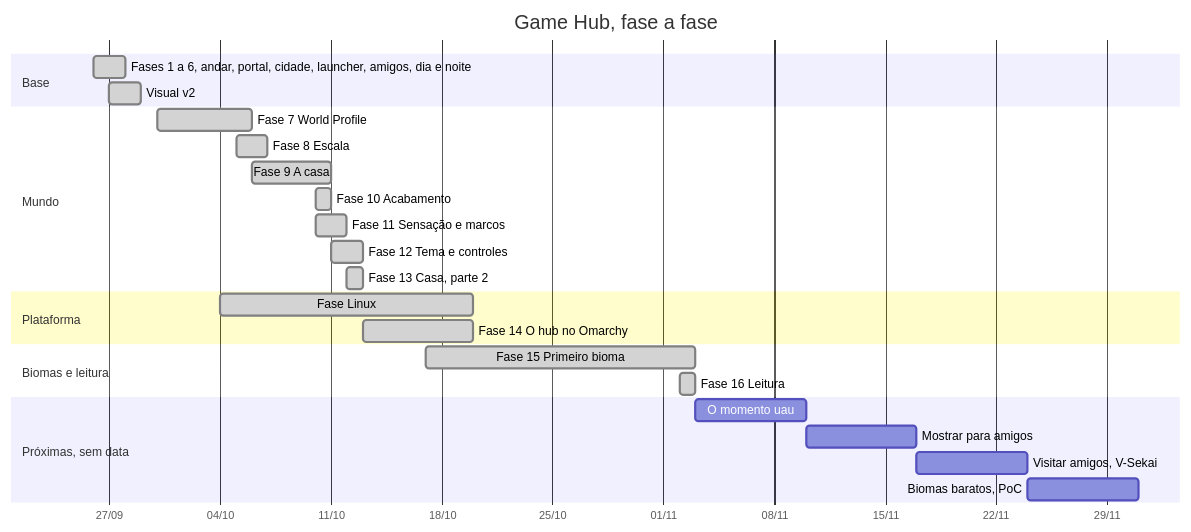
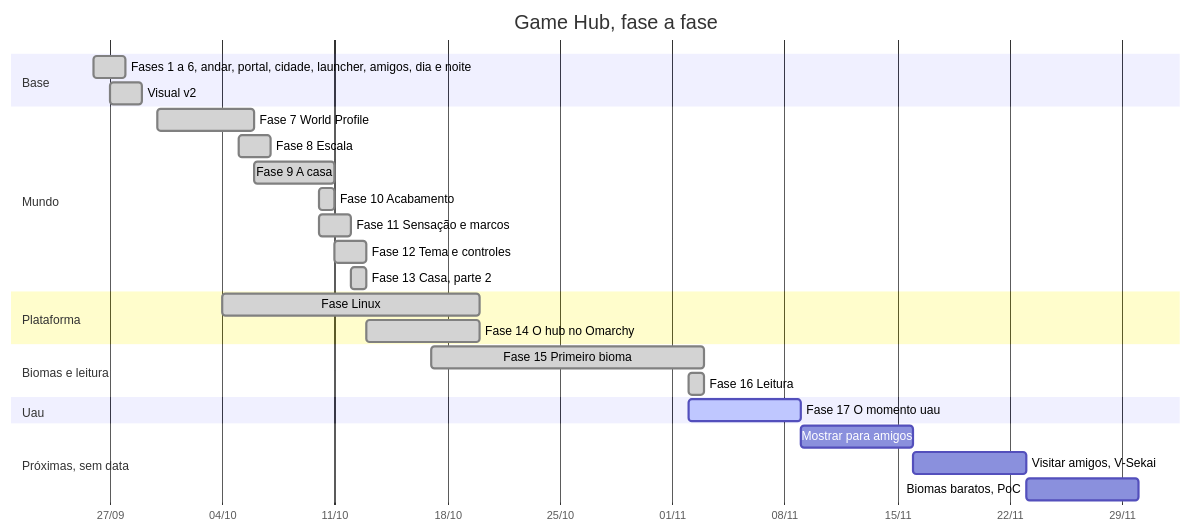
Before and after one commit to guitavaress/game-hub: the diagram in docs/Início.md, drawn with Mermaid. The commit also changed other lines of this file and 1 other file, not shown here.

Commit message:
Docs: plano da Fase 17 (O momento uau)
Plano aprovado: referências do dono, amostra na casa à noite com a
janela, luz da cidade, trilha e mirante, casa de dia e cabana.
Início.md aponta para a fase em andamento.

````diff
--- a/docs/Início.md
+++ b/docs/Início.md
@@ -34,33 +34,35 @@
 ```mermaid
 gantt
     title Game Hub, fase a fase
     dateFormat YYYY-MM-DD
     axisFormat %d/%m
 
     section Base
     Fases 1 a 6, andar, portal, cidade, launcher, amigos, dia e noite :done, f1, 2026-09-26, 2026-09-28
     Visual v2                        :done, v2, 2026-09-27, 2026-09-29
 
     section Mundo
     Fase 7 World Profile             :done, f7, 2026-09-30, 2026-10-06
     Fase 8 Escala                    :done, f8, 2026-10-05, 2026-10-07
     Fase 9 A casa                    :done, f9, 2026-10-06, 2026-10-11
     Fase 10 Acabamento               :done, f10, 2026-10-10, 2026-10-11
     Fase 11 Sensação e marcos        :done, f11, 2026-10-10, 2026-10-12
     Fase 12 Tema e controles         :done, f12, 2026-10-11, 2026-10-13
     Fase 13 Casa, parte 2            :done, f13, 2026-10-12, 2026-10-13
 
     section Plataforma
     Fase Linux                       :done, fl, 2026-10-04, 2026-10-20
     Fase 14 O hub no Omarchy         :done, f14, 2026-10-13, 2026-10-20
 
     section Biomas e leitura
     Fase 15 Primeiro bioma           :done, f15, 2026-10-17, 2026-11-03
     Fase 16 Leitura                  :done, f16, 2026-11-02, 2026-11-03
 
+    section Uau
+    Fase 17 O momento uau            :active, f17, 2026-11-02, 7d
+
     section Próximas, sem data
-    O momento uau                    :u1, after f16, 7d
-    Mostrar para amigos              :u2, after u1, 7d
+    Mostrar para amigos              :u2, after f17, 7d
     Visitar amigos, V-Sekai          :u3, after u2, 7d
     Biomas baratos, PoC              :u4, after u3, 7d
 ```
````
